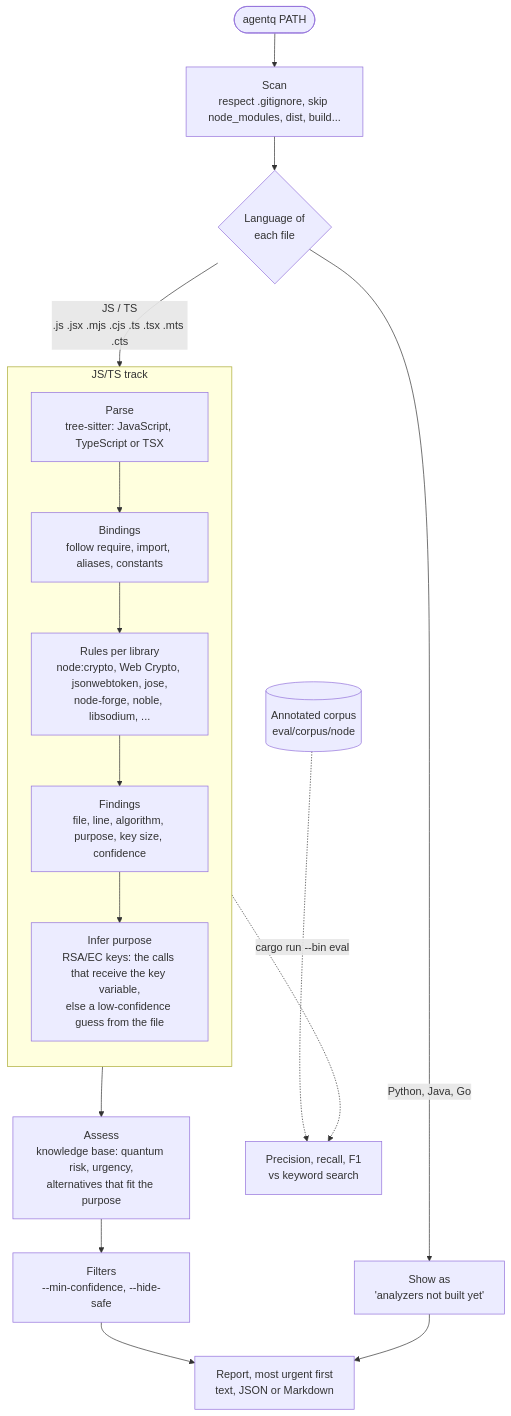
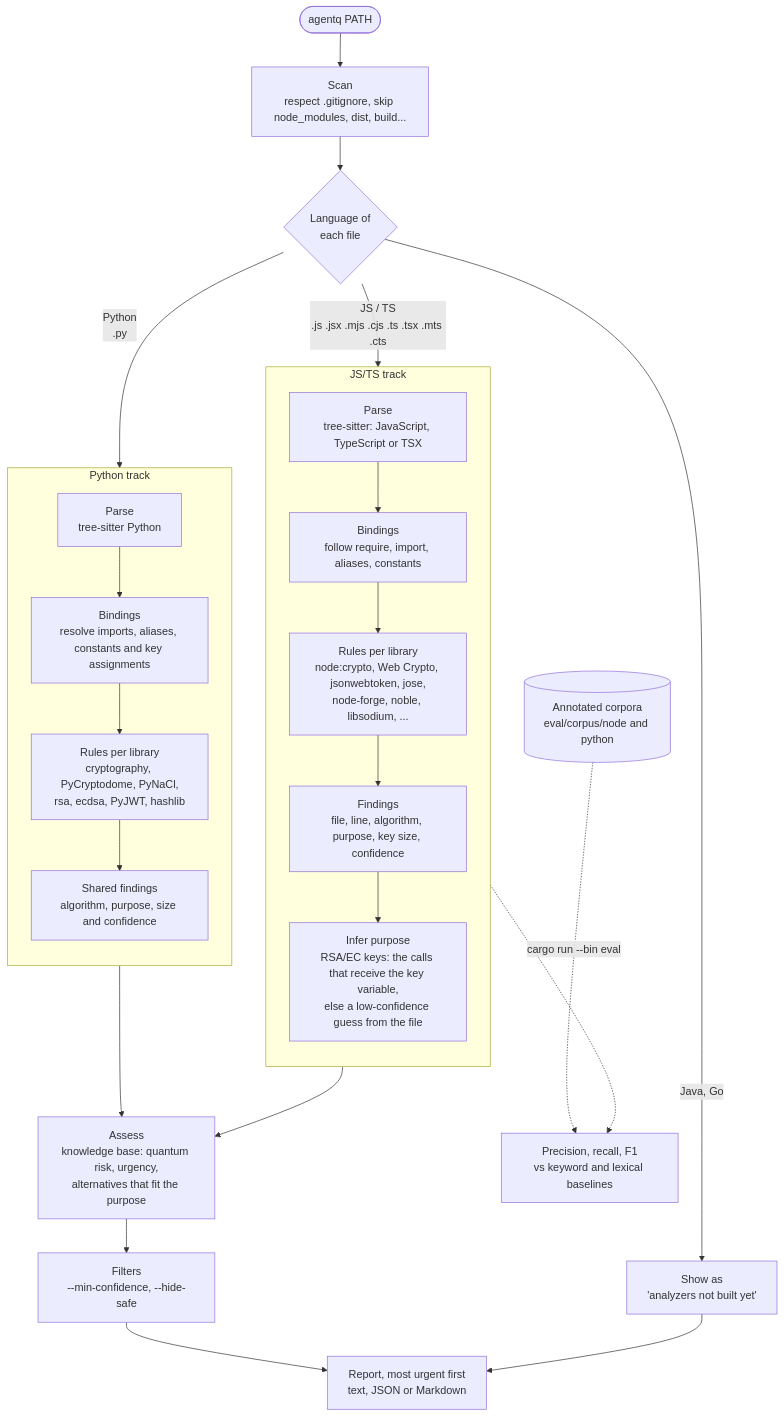
The diagram in README.md (Edgarcsr/agentq), drawn with Mermaid before and after one commit. The commit also changed other lines of this file and 13 other files, not shown here.

Commit message:
feat(python): add analyzer and lexical evaluation baseline

````diff
--- a/README.md
+++ b/README.md
@@ -37,24 +37,33 @@
 ```mermaid
 flowchart TD
     start(["agentq PATH"]) --> scan["Scan<br/>respect .gitignore, skip node_modules, dist, build..."]
     scan --> route{"Language of<br/>each file"}
 
     route -->|"JS / TS<br/>.js .jsx .mjs .cjs .ts .tsx .mts .cts"| parse
-    route -->|"Python, Java, Go"| pending["Show as <br/>'analyzers not built yet'"]
+    route -->|"Python<br/>.py"| pyparse["Parse<br/>tree-sitter Python"]
+    route -->|"Java, Go"| pending["Show as <br/>'analyzers not built yet'"]
 
     subgraph jstrack ["JS/TS track"]
         direction TB
         parse["Parse<br/>tree-sitter: JavaScript, TypeScript or TSX"] --> bind["Bindings<br/>follow require, import, aliases, constants"]
         bind --> rules["Rules per library<br/>node:crypto, Web Crypto, jsonwebtoken, jose,<br/>node-forge, noble, libsodium, ..."]
         rules --> raw["Findings<br/>file, line, algorithm, purpose, key size, confidence"]
         raw --> infer["Infer purpose<br/>RSA/EC keys: the calls that receive the key variable,<br/>else a low-confidence guess from the file"]
     end
 
+      subgraph pytrack["Python track"]
+        direction TB
+        pyparse --> pybind["Bindings<br/>resolve imports, aliases, constants and key assignments"]
+        pybind --> pyrules["Rules per library<br/>cryptography, PyCryptodome, PyNaCl,<br/>rsa, ecdsa, PyJWT, hashlib"]
+        pyrules --> pyfindings["Shared findings<br/>algorithm, purpose, size and confidence"]
+      end
+
     infer --> assess["Assess<br/>knowledge base: quantum risk, urgency,<br/>alternatives that fit the purpose"]
+      pyfindings --> assess
     assess --> filter["Filters<br/>--min-confidence, --hide-safe"]
     filter --> report["Report, most urgent first<br/>text, JSON or Markdown"]
     pending --> report
 
-    corpus[("Annotated corpus<br/>eval/corpus/node")] -.->|"cargo run --bin eval"| metrics["Precision, recall, F1<br/>vs keyword search"]
+    corpus[("Annotated corpora<br/>eval/corpus/node and python")] -.->|"cargo run --bin eval"| metrics["Precision, recall, F1<br/>vs keyword and lexical baselines"]
     infer -.-> metrics
 ```
````
